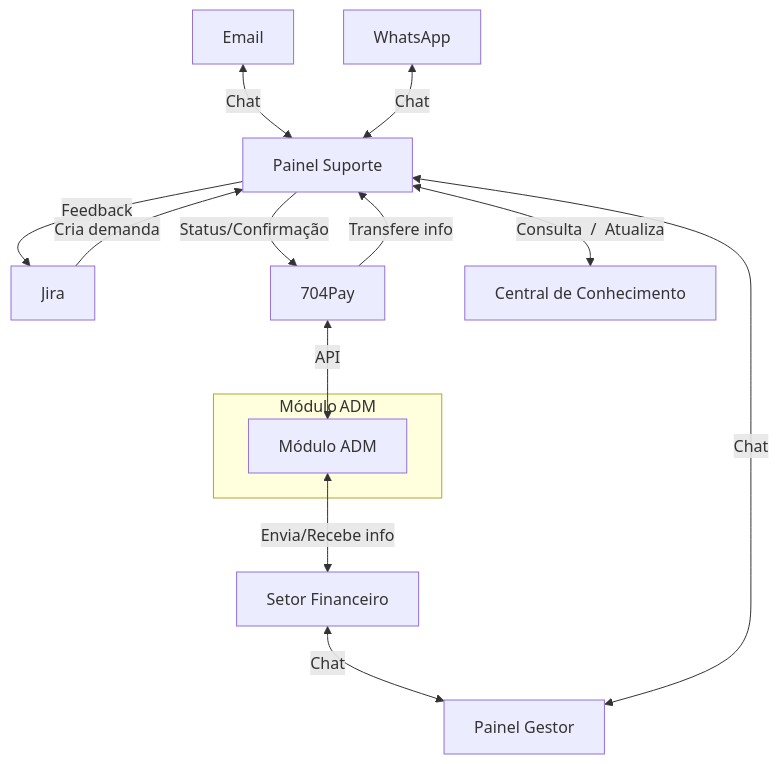
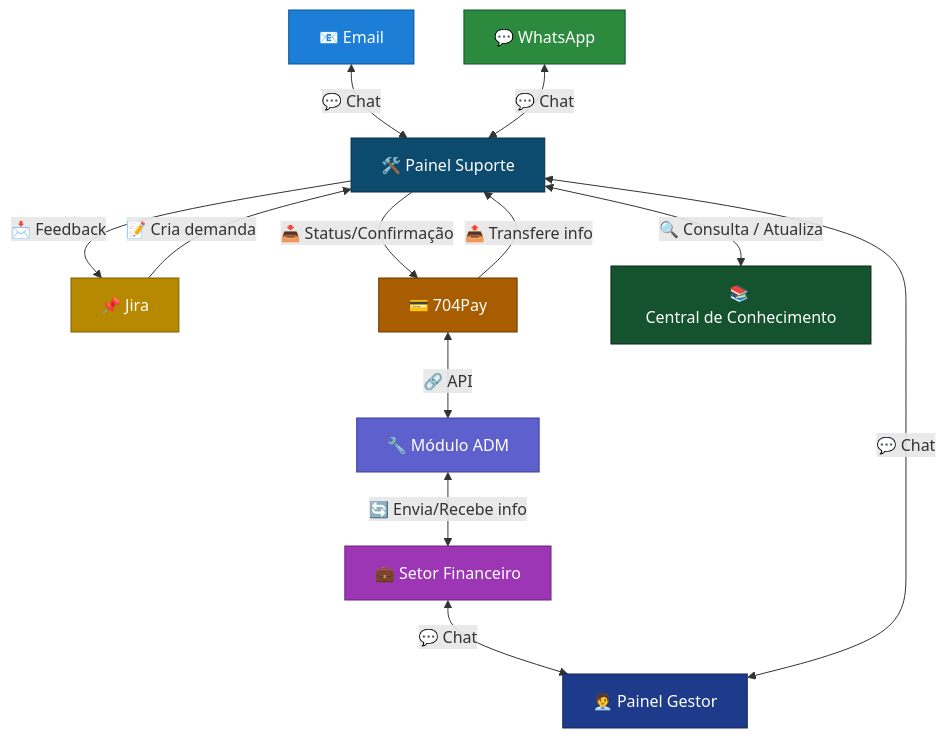
One commit to GabrielCordeiroBarrosoTeles/diagrama_704 changed the diagram in README.md. Above: the diagram before and after it, drawn with Mermaid.

````diff
--- a/README.md
+++ b/README.md
@@ -1,45 +1,57 @@
 ```mermaid
 flowchart TD
-    %% --- Fontes externas de contato -----------------------
-    Email["Email"]
-    WhatsApp["WhatsApp"]
+    %% === Fontes Externas de Contato ===
+    Email["📧 Email"]
+    WhatsApp["💬 WhatsApp"]
 
-    %% --- Integrações de sistemas --------------------------
-    Jira["Jira"]
-    Pay704["704Pay"]
+    %% === Integrações de Sistemas ===
+    Jira["📌 Jira"]
+    Pay704["💳 704Pay"]
 
-    %% --- Núcleo operacional -------------------------------
-    PainelGestor["Painel&nbsp;Gestor"]
-    PainelSuporte["Painel&nbsp;Suporte"]
-    CentralConhecimento["Central&nbsp;de&nbsp;Conhecimento"]
+    %% === Núcleo Operacional ===
+    PainelGestor["🧑‍💼 Painel&nbsp;Gestor"]
+    PainelSuporte["🛠️ Painel&nbsp;Suporte"]
+    CentralConhecimento["📚 Central&nbsp;de&nbsp;Conhecimento"]
 
-    %% --- Administração e Finanças -------------------------
-    subgraph ModuloADMCluster["Módulo ADM"]
-        ModuloADM["Módulo&nbsp;ADM"]
-    end
-    SetorFinanceiro["Setor&nbsp;Financeiro"]
+    %% === Administração e Finanças ===
+    ModuloADM["🔧 Módulo&nbsp;ADM"]
+    SetorFinanceiro["💼 Setor&nbsp;Financeiro"]
 
-    %% ---------- Conexões de chat --------------------------
-    PainelGestor <-->|Chat| PainelSuporte
-    Email        <-->|Chat| PainelSuporte
-    WhatsApp     <-->|Chat| PainelSuporte
-    SetorFinanceiro <-->|Chat| PainelGestor
+    %% === Conexões de Chat ===
+    PainelGestor        <-->|💬 Chat| PainelSuporte
+    Email               <-->|💬 Chat| PainelSuporte
+    WhatsApp            <-->|💬 Chat| PainelSuporte
+    SetorFinanceiro     <-->|💬 Chat| PainelGestor
 
-    %% ---------- Fluxo Jira --------------------------------
-    Jira -->|Cria&nbsp;demanda| PainelSuporte
-    PainelSuporte -->|Feedback| Jira
+    %% === Fluxo Jira ===
+    Jira                -->|📝 Cria&nbsp;demanda| PainelSuporte
+    PainelSuporte       -->|📩 Feedback| Jira
 
-    %% ---------- Fluxo 704Pay ------------------------------
-    Pay704 -->|Transfere&nbsp;info| PainelSuporte
-    PainelSuporte -->|Status/Confirmação| Pay704
+    %% === Fluxo 704Pay ===
+    Pay704              -->|📤 Transfere&nbsp;info| PainelSuporte
+    PainelSuporte       -->|📥 Status/Confirmação| Pay704
 
-    %% ---------- API entre 704Pay e ADM --------------------
-    Pay704 <-->|API| ModuloADM
+    %% === Integração API 704Pay x ADM ===
+    Pay704              <-->|🔗 API| ModuloADM
 
-    %% ---------- ADM & Financeiro --------------------------
-    ModuloADM <-->|Envia/Recebe&nbsp;info| SetorFinanceiro
+    %% === Comunicação ADM & Financeiro ===
+    ModuloADM           <-->|🔄 Envia/Recebe&nbsp;info| SetorFinanceiro
 
-    %% ---------- Base de conhecimento ----------------------
-    PainelSuporte <-->|Consulta&nbsp;&nbsp;/&nbsp;&nbsp;Atualiza| CentralConhecimento
+    %% === Base de Conhecimento ===
+    PainelSuporte       <-->|🔍 Consulta&nbsp;/&nbsp;Atualiza| CentralConhecimento
+
+    %% --- Cores por Categoria (Tons escuros e contrastantes) ---
+    style Email fill:#1c7ed6,stroke:#0b5394,stroke-width:1px,color:#fff
+    style WhatsApp fill:#2b8a3e,stroke:#14532d,stroke-width:1px,color:#fff
+
+    style Jira fill:#b68900,stroke:#7a6000,stroke-width:1px,color:#fff
+    style Pay704 fill:#a85d00,stroke:#6b3700,stroke-width:1px,color:#fff
+
+    style PainelGestor fill:#1e3a8a,stroke:#12265b,stroke-width:1px,color:#fff
+    style PainelSuporte fill:#0c4a6e,stroke:#083047,stroke-width:1px,color:#fff
+    style CentralConhecimento fill:#14532d,stroke:#0a2917,stroke-width:1px,color:#fff
+
+    style ModuloADM fill:#5e60ce,stroke:#3c3f99,stroke-width:1px,color:#fff
+    style SetorFinanceiro fill:#9c36b5,stroke:#6b1e84,stroke-width:1px,color:#fff
 
 ```
````
